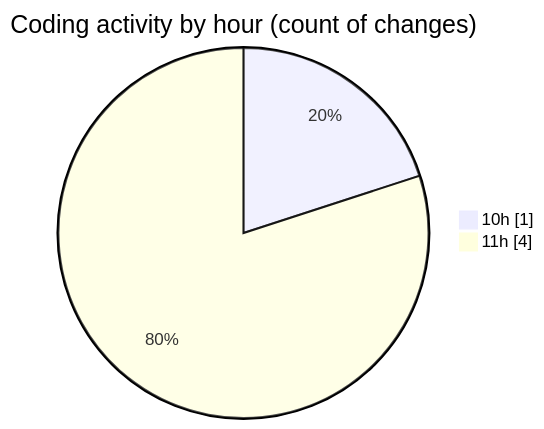
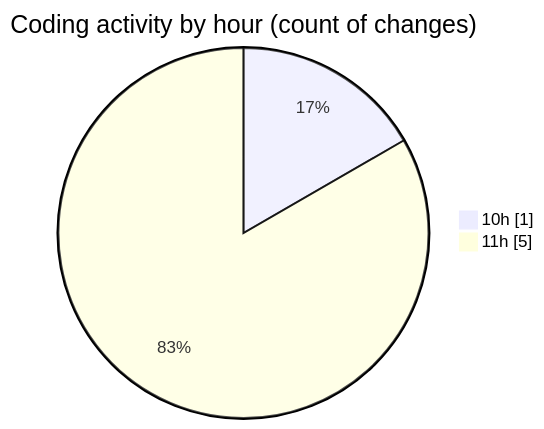
Before and after one commit to jcpc91/code-tracking: the second of 2 diagrams in 2025-05-07/cancelacionsegurosvida/README.md, drawn with Mermaid. The commit also changed other lines of this file and 1 other file, not shown here.

````diff
--- a/2025-05-07/cancelacionsegurosvida/README.md
+++ b/2025-05-07/cancelacionsegurosvida/README.md
@@ -30,6 +30,6 @@
 ```mermaid
 pie showData
 title Coding activity by hour (count of changes)
 "10h" : 1
-"11h" : 4
+"11h" : 5
 ```
````
